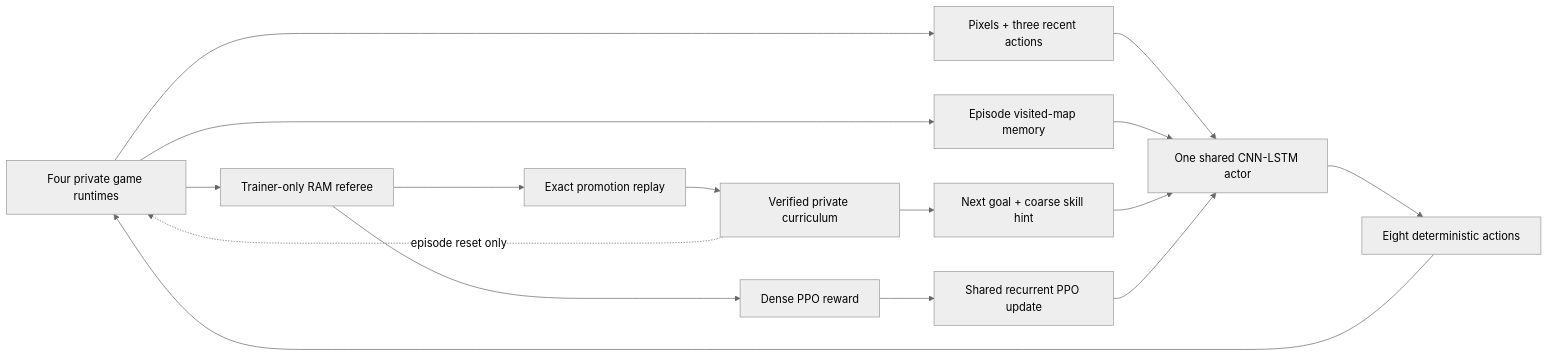
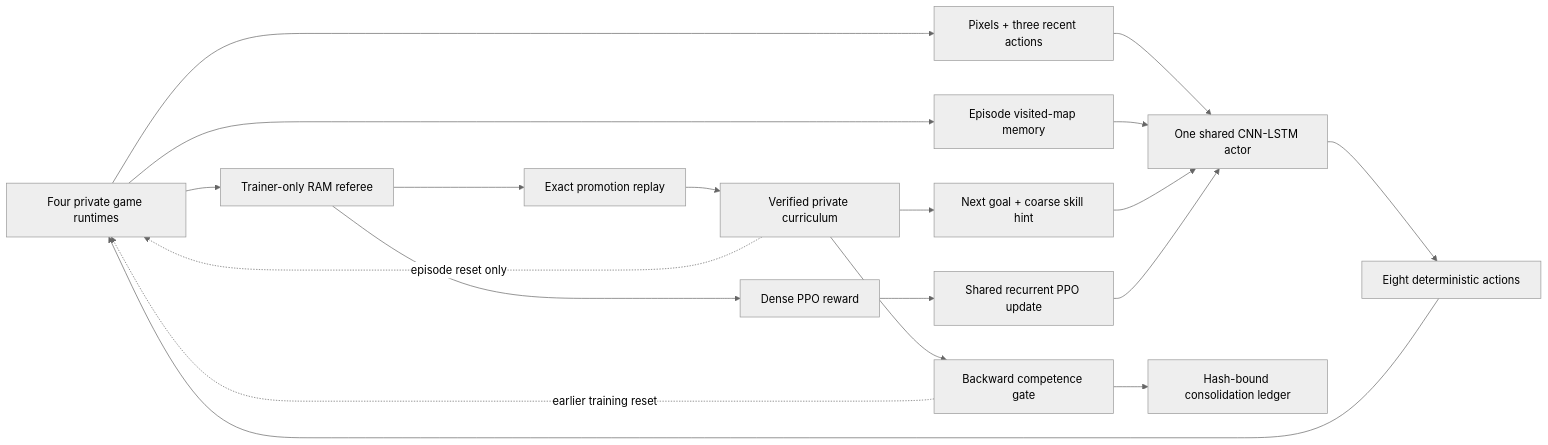
Before and after one commit to PeteAndrews1289/pokemon-red-ai: the first of 6 diagrams in docs/architecture.md, drawn with Mermaid (neutral theme). The commit also changed other lines of this file and 18 other files, not shown here.

````diff
--- a/docs/architecture.md
+++ b/docs/architecture.md
@@ -11,18 +11,21 @@
 ```mermaid
 flowchart LR
     Games["Four private game runtimes"] --> Pixels["Pixels + three recent actions"]
     Games --> Memory["Episode visited-map memory"]
     Curriculum --> Lesson["Next goal + coarse skill hint"]
     Pixels --> Policy["One shared CNN-LSTM actor"]
     Memory --> Policy
     Lesson --> Policy
     Policy --> Buttons["Eight deterministic actions"]
     Buttons --> Games
     Games --> Referee["Trainer-only RAM referee"]
     Referee --> Reward["Dense PPO reward"]
     Reward --> Update["Shared recurrent PPO update"]
     Update --> Policy
     Referee --> Replay["Exact promotion replay"]
     Replay --> Curriculum["Verified private curriculum"]
     Curriculum -. "episode reset only" .-> Games
+    Curriculum --> Gate["Backward competence gate"]
+    Gate -. "earlier training reset" .-> Games
+    Gate --> Ledger["Hash-bound consolidation ledger"]
 ```
````
